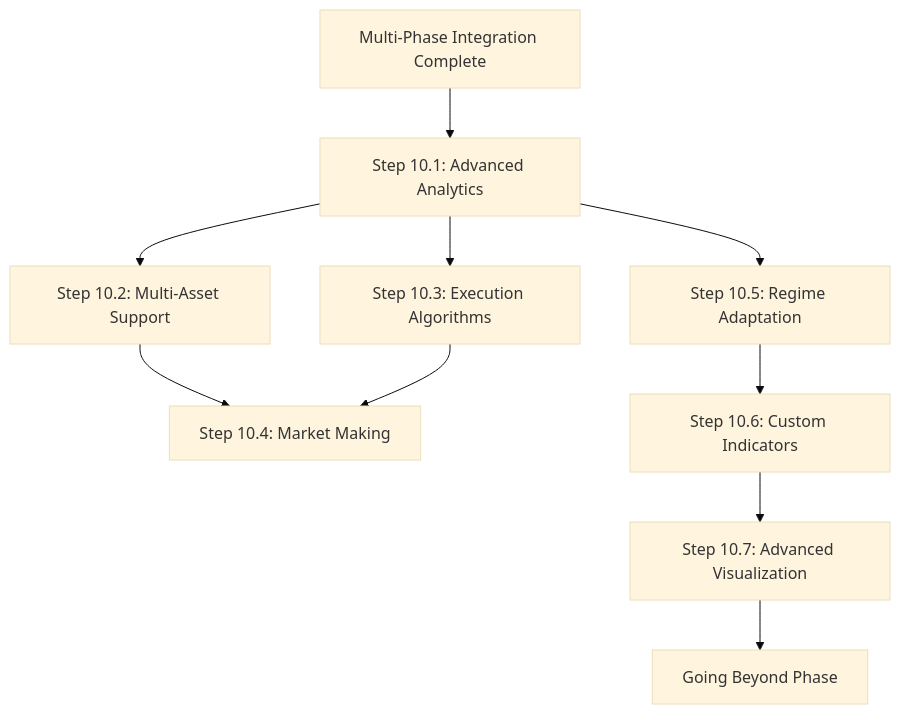
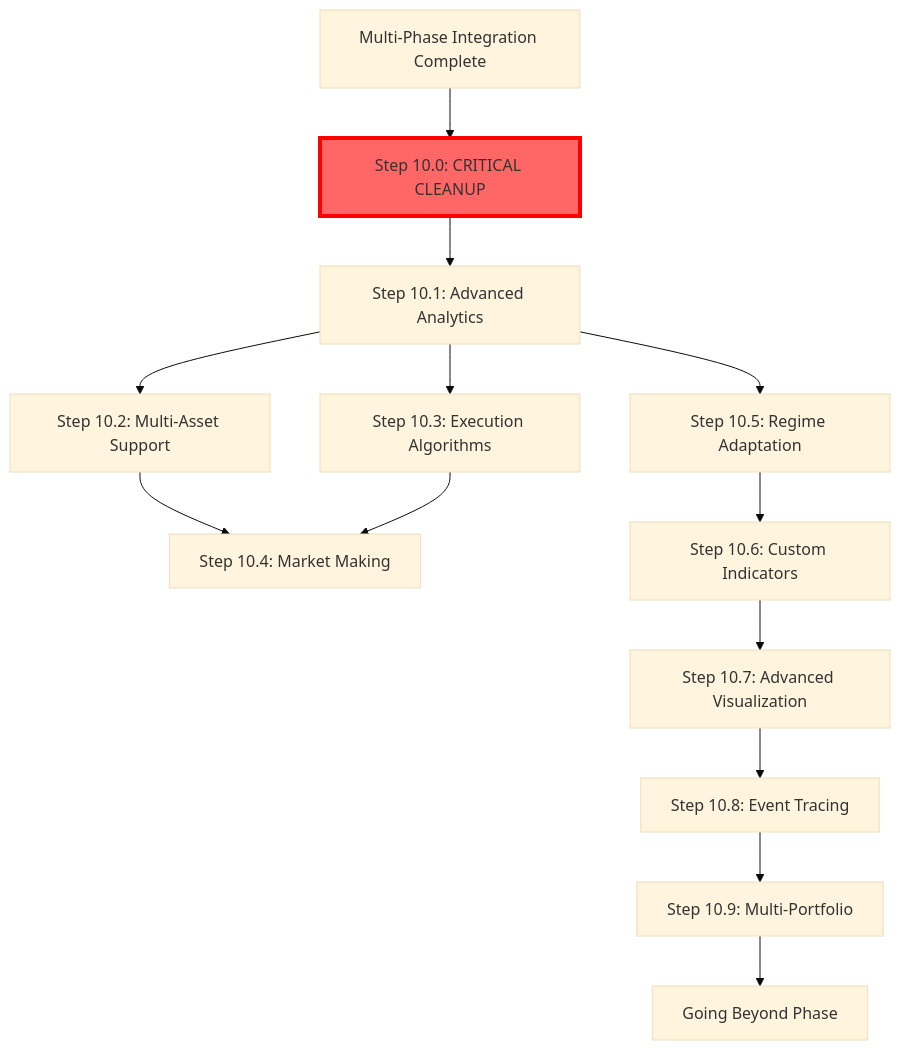
Before and after one commit to dawsh2/ADMF-PC: the diagram in docs/complexity-guide/05-intermediate-complexity/README.md, drawn with Mermaid (base theme). The commit also changed other lines of this file and 168 other files, not shown here.

````diff
--- a/docs/complexity-guide/05-intermediate-complexity/README.md
+++ b/docs/complexity-guide/05-intermediate-complexity/README.md
@@ -75,12 +100,17 @@
 ```mermaid
 graph TD
-    A[Multi-Phase Integration Complete] --> B[Step 10.1: Advanced Analytics]
+    A[Multi-Phase Integration Complete] --> X[Step 10.0: CRITICAL CLEANUP]
+    X --> B[Step 10.1: Advanced Analytics]
     B --> C[Step 10.2: Multi-Asset Support]
     B --> D[Step 10.3: Execution Algorithms]
     C --> E[Step 10.4: Market Making]
     D --> E
     B --> F[Step 10.5: Regime Adaptation]
     F --> G[Step 10.6: Custom Indicators]
     G --> H[Step 10.7: Advanced Visualization]
-    H --> I[Going Beyond Phase]
+    H --> J[Step 10.8: Event Tracing]
+    J --> K[Step 10.9: Multi-Portfolio]
+    K --> I[Going Beyond Phase]
+    
+    style X fill:#ff6666,stroke:#ff0000,stroke-width:4px
 ```
````
